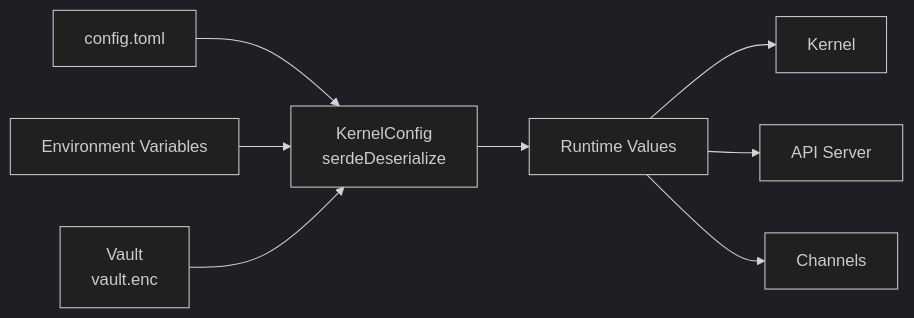
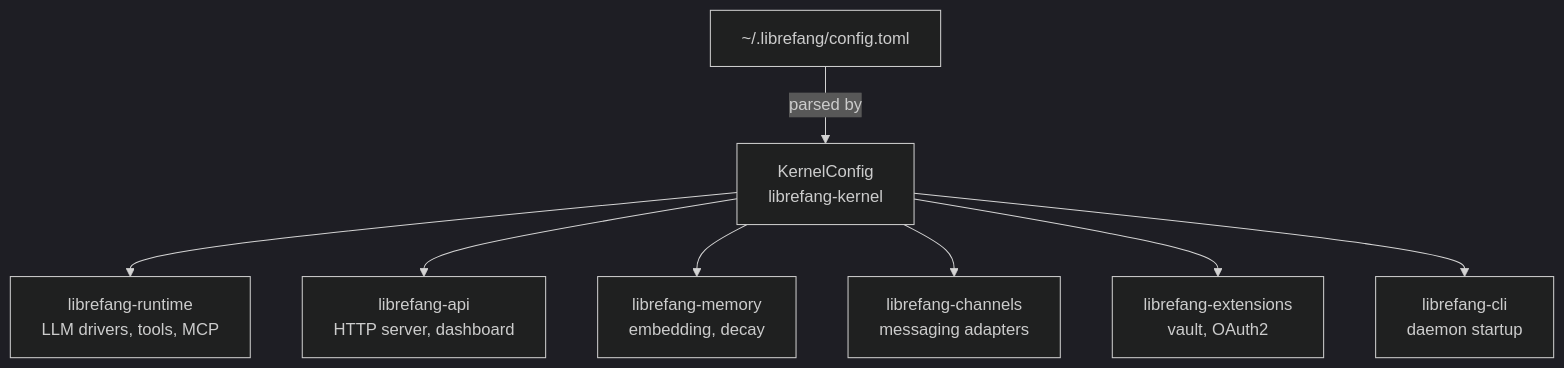
The diagram in configuration.md (leszek3737/librefang-WIki), drawn with Mermaid (dark theme) before and after one commit. The commit also changed other lines of this file and 56 other files, not shown here.

````diff
--- a/configuration.md
+++ b/configuration.md
@@ -11,10 +454,10 @@
 ```mermaid
-graph LR
-    A[config.toml] --> B[KernelConfig<br/>serdeDeserialize]
-    C[Environment Variables] --> B
-    D[Vault<br/>vault.enc] --> B
-    B --> E[Runtime Values]
-    E --> F[Kernel]
-    E --> G[API Server]
-    E --> H[Channels]
+graph TD
+    A["~/.librefang/config.toml"] -->|parsed by| B[KernelConfig<br/>librefang-kernel]
+    B --> C[librefang-runtime<br/>LLM drivers, tools, MCP]
+    B --> D[librefang-api<br/>HTTP server, dashboard]
+    B --> E[librefang-memory<br/>embedding, decay]
+    B --> F[librefang-channels<br/>messaging adapters]
+    B --> G[librefang-extensions<br/>vault, OAuth2]
+    B --> H[librefang-cli<br/>daemon startup]
 ```
````
